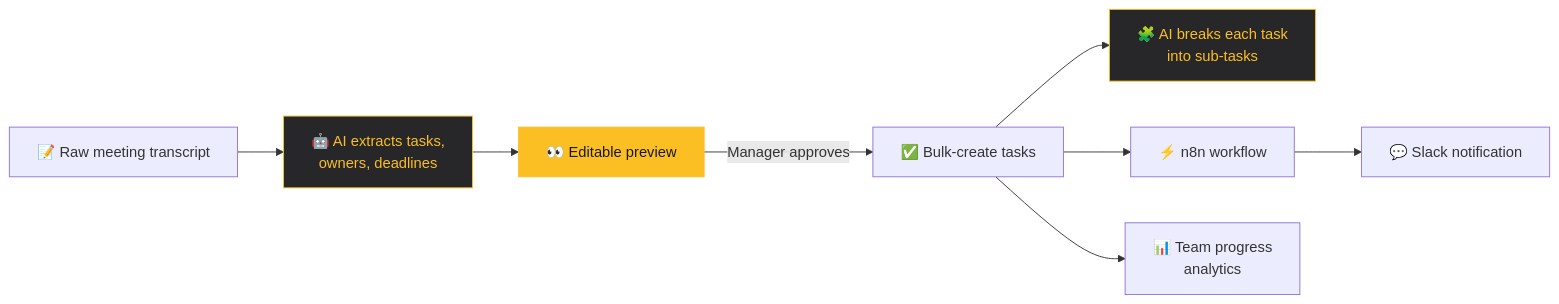
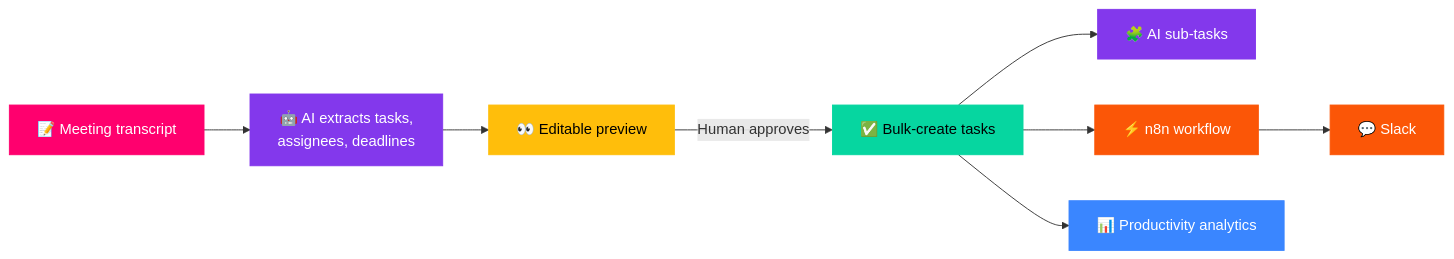
One commit to bttu2002/bttu2002 changed the diagram in README.md. Above: the diagram before and after it, drawn with Mermaid. The commit also changed other lines of this file, not shown here.

````diff
--- a/README.md
+++ b/README.md
@@ -110,15 +115,23 @@
 ```mermaid
 flowchart LR
-    A["📝 Raw meeting transcript"] --> B["🤖 AI extracts tasks,<br/>owners, deadlines"]
+    A["📝 Meeting transcript"] --> B["🤖 AI extracts tasks,<br/>assignees, deadlines"]
     B --> C["👀 Editable preview"]
-    C -->|"Manager approves"| D["✅ Bulk-create tasks"]
-    D --> E["🧩 AI breaks each task<br/>into sub-tasks"]
+    C -->|"Human approves"| D["✅ Bulk-create tasks"]
+    D --> E["🧩 AI sub-tasks"]
     D --> F["⚡ n8n workflow"]
-    F --> G["💬 Slack notification"]
-    D --> H["📊 Team progress<br/>analytics"]
+    F --> G["💬 Slack"]
+    D --> H["📊 Productivity analytics"]
 
-    classDef ai fill:#27272A,stroke:#FBBF24,color:#FBBF24
-    classDef human fill:#FBBF24,stroke:#FBBF24,color:#18181B
-    class B,E ai
-    class C human
+    classDef pink fill:#FF006E,stroke:#FF006E,color:#FFFFFF
+    classDef purple fill:#8338EC,stroke:#8338EC,color:#FFFFFF
+    classDef blue fill:#3A86FF,stroke:#3A86FF,color:#FFFFFF
+    classDef green fill:#06D6A0,stroke:#06D6A0,color:#000000
+    classDef yellow fill:#FFBE0B,stroke:#FFBE0B,color:#000000
+    classDef orange fill:#FB5607,stroke:#FB5607,color:#FFFFFF
+    class A pink
+    class B,E purple
+    class C yellow
+    class D green
+    class F,G orange
+    class H blue
 ```
````
